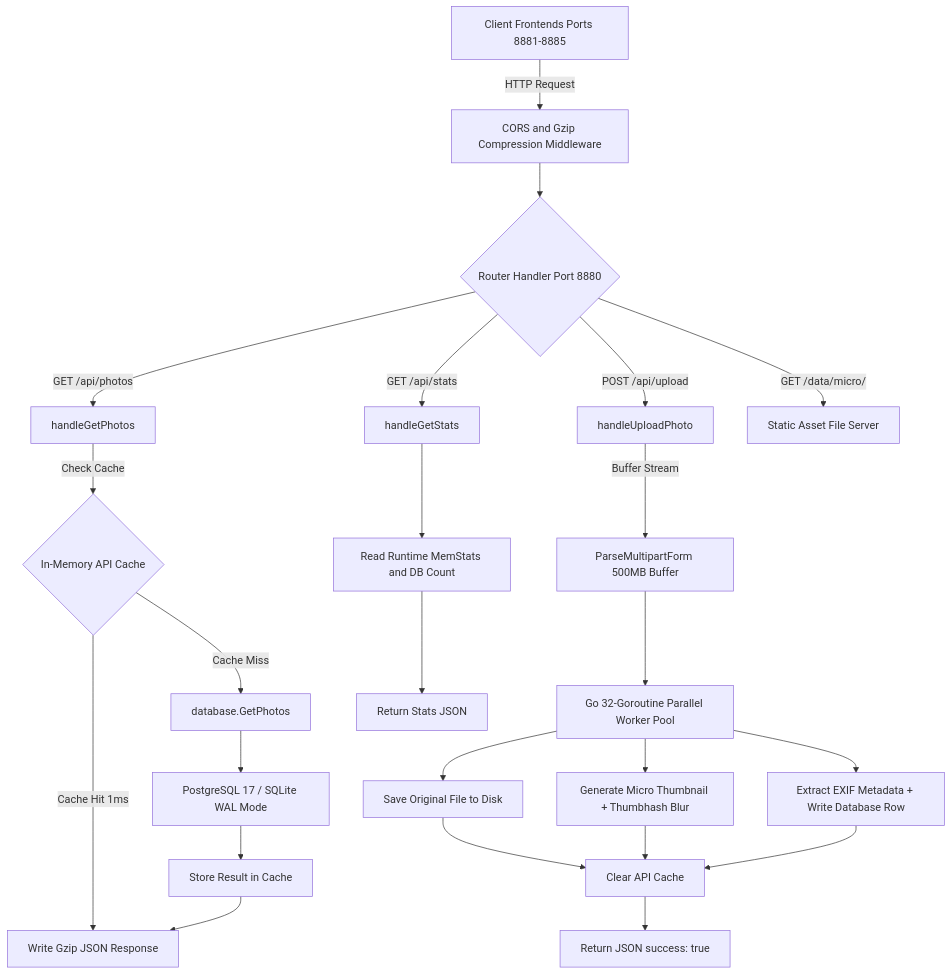
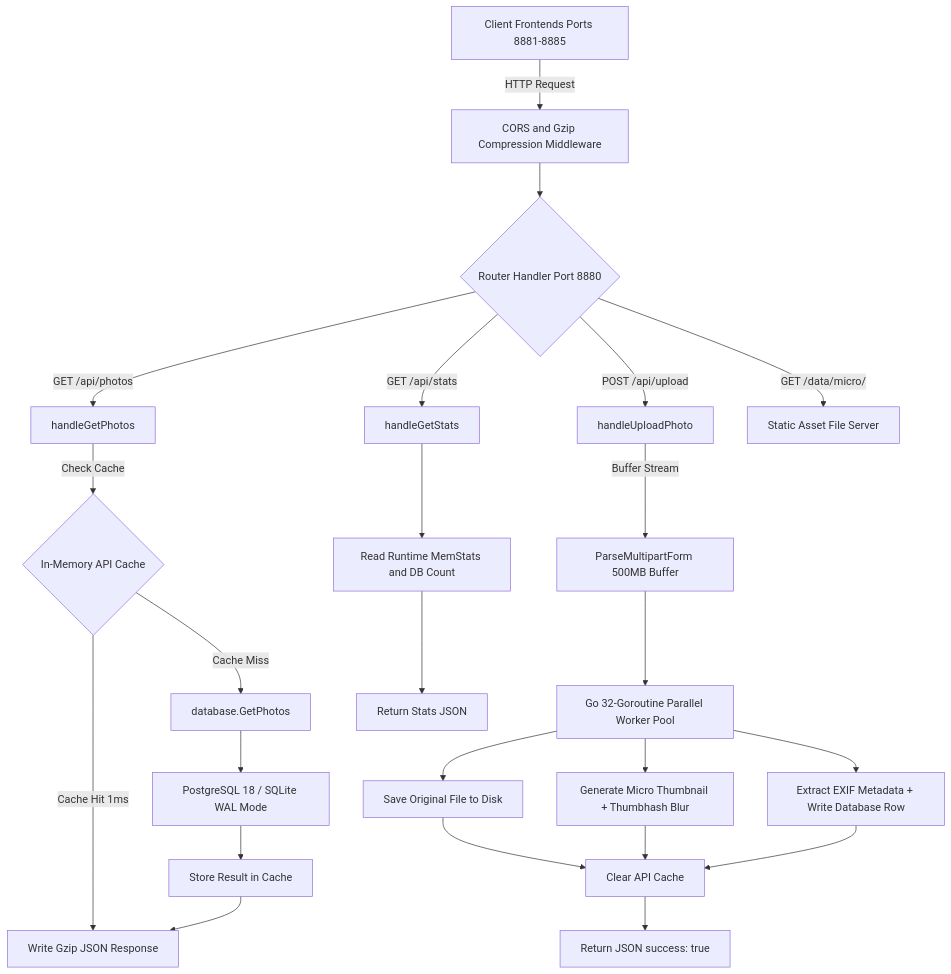
One commit to Phawat63915/fast-gallery changed the diagram in README.md. Above: the diagram before and after it, drawn with Mermaid. The commit also changed other lines of this file and 4 other files, not shown here.

Commit message:
upgr: update PostgreSQL database image to PostgreSQL 18.4 Alpine current production release

````diff
--- a/README.md
+++ b/README.md
@@ -84,26 +84,26 @@
 ```mermaid
 flowchart TD
     Client["Client Frontends Ports 8881-8885"] -->|HTTP Request| Middleware["CORS and Gzip Compression Middleware"]
     
     Middleware --> RouteChoice{"Router Handler Port 8880"}
     
     RouteChoice -->|GET /api/photos| GetPhotos["handleGetPhotos"]
     RouteChoice -->|POST /api/upload| UploadPhotos["handleUploadPhoto"]
     RouteChoice -->|GET /api/stats| GetStats["handleGetStats"]
     RouteChoice -->|GET /data/micro/| ServeStatic["Static Asset File Server"]
 
     GetPhotos -->|Check Cache| MemoryCache{"In-Memory API Cache"}
     MemoryCache -->|"Cache Hit 1ms"| ReturnCache["Write Gzip JSON Response"]
     MemoryCache -->|"Cache Miss"| QueryDB["database.GetPhotos"]
-    QueryDB --> PostgresOrSqlite["PostgreSQL 17 / SQLite WAL Mode"]
+    QueryDB --> PostgresOrSqlite["PostgreSQL 18 / SQLite WAL Mode"]
     PostgresOrSqlite --> CacheSave["Store Result in Cache"] --> ReturnCache
 
     UploadPhotos -->|Buffer Stream| MultipartParser["ParseMultipartForm 500MB Buffer"]
     MultipartParser --> WorkerPool["Go 32-Goroutine Parallel Worker Pool"]
     WorkerPool --> Worker1["Save Original File to Disk"]
     WorkerPool --> Worker2["Generate Micro Thumbnail + Thumbhash Blur"]
     WorkerPool --> Worker3["Extract EXIF Metadata + Write Database Row"]
     Worker1 & Worker2 & Worker3 --> ClearCache["Clear API Cache"] --> ReturnUploadSuccess["Return JSON success: true"]
 
     GetStats --> StatCollector["Read Runtime MemStats and DB Count"] --> ReturnStats["Return Stats JSON"]
 ```
````
